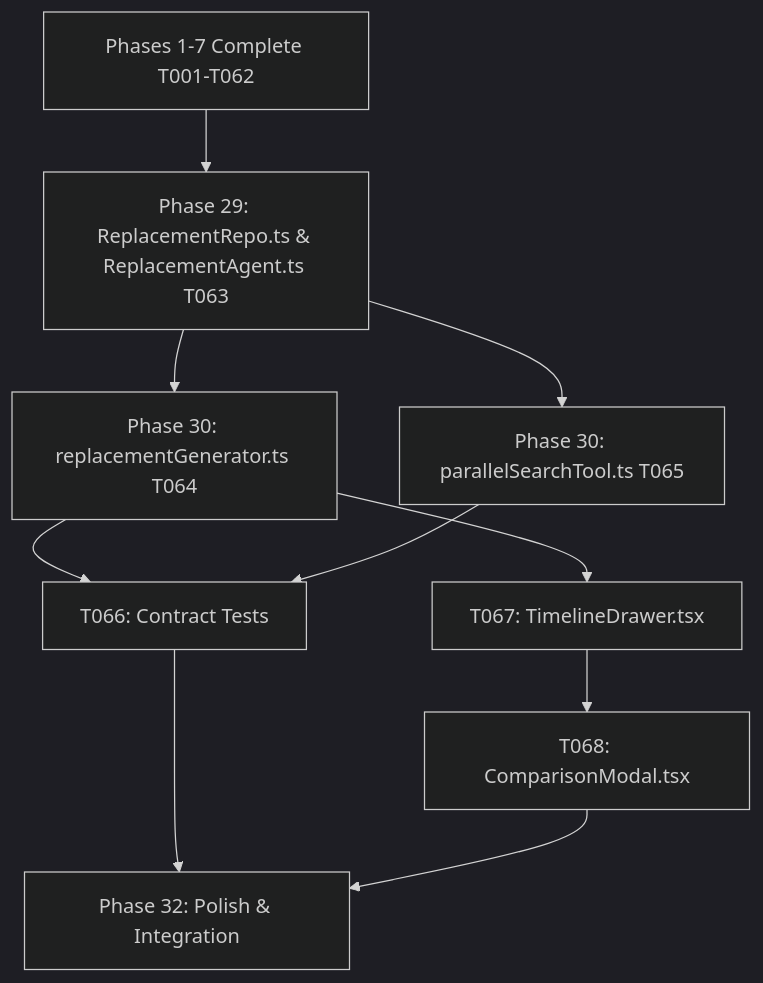
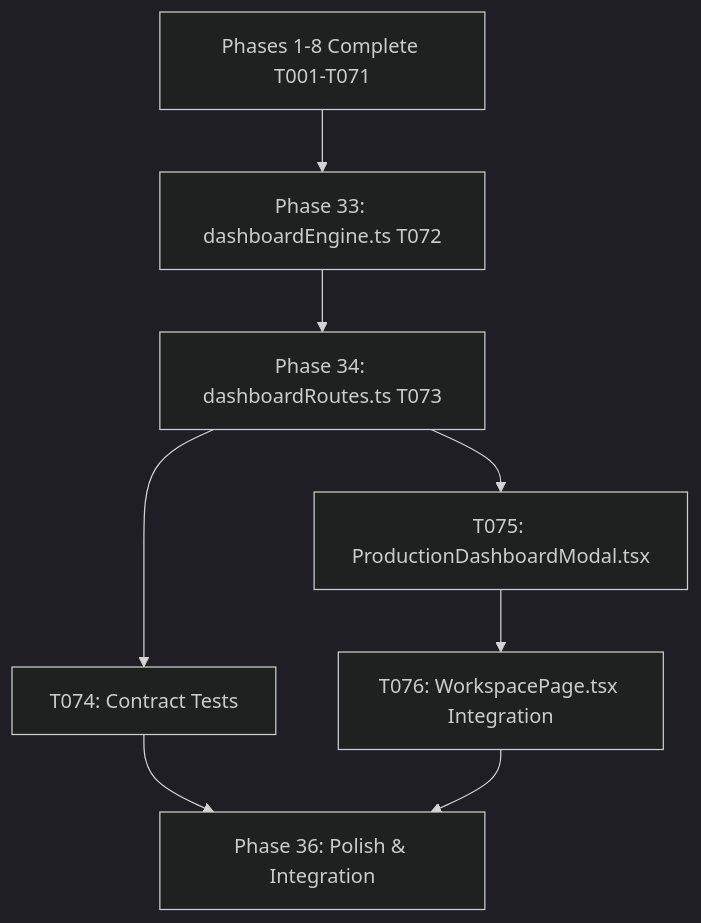
Before and after one commit to fmcgoohan/clearancescout: the diagram in specs/016-production-clearance-model/tasks.md, drawn with Mermaid (dark theme). The commit also changed other lines of this file, not shown here.

Commit message:
docs(tasks): append Phase 9 production operations dashboard tasks to 016-production-clearance-model

````diff
--- a/specs/016-production-clearance-model/tasks.md
+++ b/specs/016-production-clearance-model/tasks.md
@@ -334,12 +381,10 @@
 ```mermaid
 graph TD
-    Phases1to7[Phases 1-7 Complete T001-T062] --> Phase29[Phase 29: ReplacementRepo.ts & ReplacementAgent.ts T063]
-    Phase29 --> Phase30_Gen[Phase 30: replacementGenerator.ts T064]
-    Phase29 --> Phase30_Tool[Phase 30: parallelSearchTool.ts T065]
-    Phase30_Gen --> US8_Tests[T066: Contract Tests]
-    Phase30_Tool --> US8_Tests
-    Phase30_Gen --> US8_UI_Timeline[T067: TimelineDrawer.tsx]
-    US8_UI_Timeline --> US8_UI_Comparison[T068: ComparisonModal.tsx]
-    US8_Tests --> Phase32[Phase 32: Polish & Integration]
-    US8_UI_Comparison --> Phase32
+    Phases1to8[Phases 1-8 Complete T001-T071] --> Phase33[Phase 33: dashboardEngine.ts T072]
+    Phase33 --> Phase34[Phase 34: dashboardRoutes.ts T073]
+    Phase34 --> US9_Tests[T074: Contract Tests]
+    Phase34 --> US9_UI_Modal[T075: ProductionDashboardModal.tsx]
+    US9_UI_Modal --> US9_UI_Page[T076: WorkspacePage.tsx Integration]
+    US9_Tests --> Phase36[Phase 36: Polish & Integration]
+    US9_UI_Page --> Phase36
 ```
````
